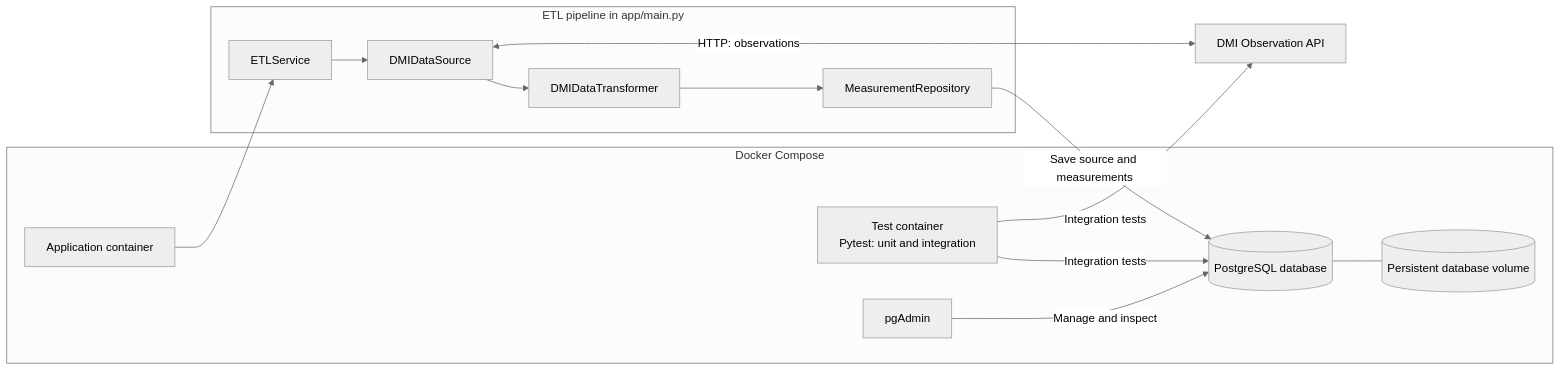
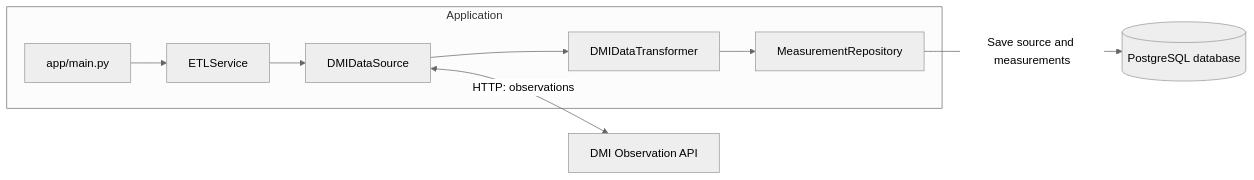
The first of 3 diagrams in README.md (mielouise/environment_data_project), drawn with Mermaid (neutral theme) before and after one commit. The commit also changed other lines of this file, not shown here.

Commit message:
documentation minor update

````diff
--- a/README.md
+++ b/README.md
@@ -42,31 +42,21 @@
 ```mermaid
 flowchart LR
-    DMI[DMI Observation API]
-
-    subgraph Compose[Docker Compose]
-        App[Application container]
-        Tests["Test container<br/>Pytest: unit and integration"]
-        DB[(PostgreSQL database)]
-        Volume[(Persistent database volume)]
-        PgAdmin[pgAdmin]
-    end
-
-    subgraph Pipeline[ETL pipeline in app/main.py]
+    subgraph Application[Application]
+        Main[app/main.py]
         ETL[ETLService]
         Extract[DMIDataSource]
         Transform[DMIDataTransformer]
         Load[MeasurementRepository]
 
+        Main --> ETL
         ETL --> Extract
         Extract --> Transform
         Transform --> Load
     end
 
-    App --> ETL
+    DMI[DMI Observation API]
+    DB[(PostgreSQL database)]
+
     Extract <-->|HTTP: observations| DMI
     Load -->|Save source and measurements| DB
-    DB --- Volume
-    PgAdmin -->|Manage and inspect| DB
-    Tests -->|Integration tests| DB
-    Tests -->|Integration tests| DMI
 ```
````
